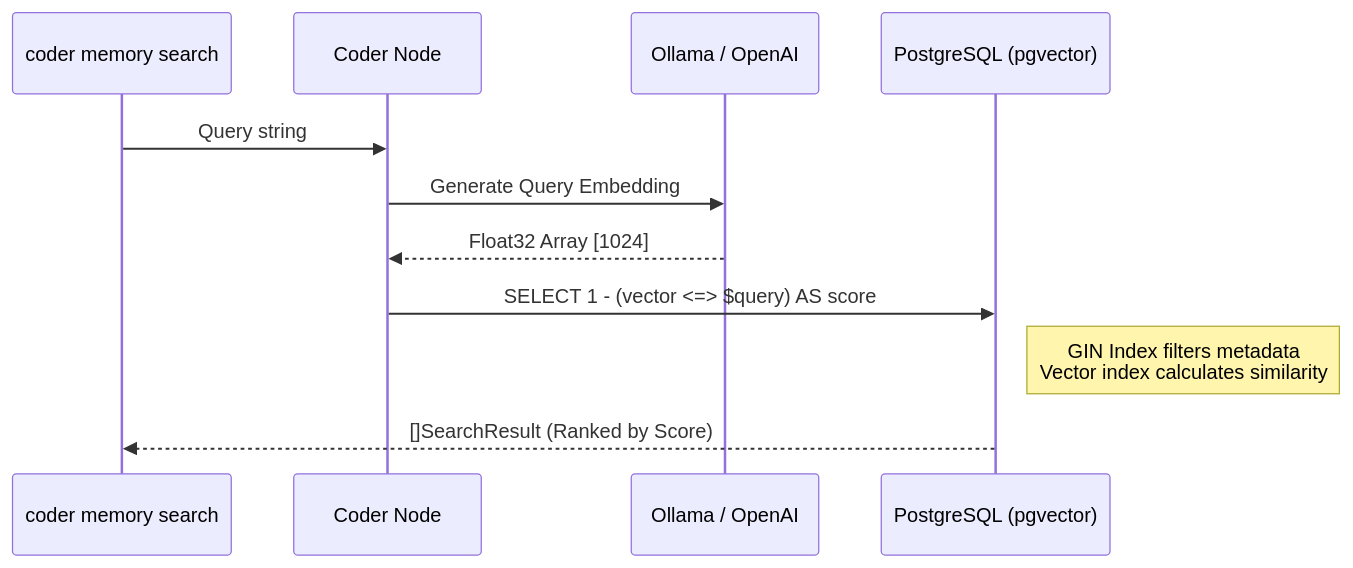
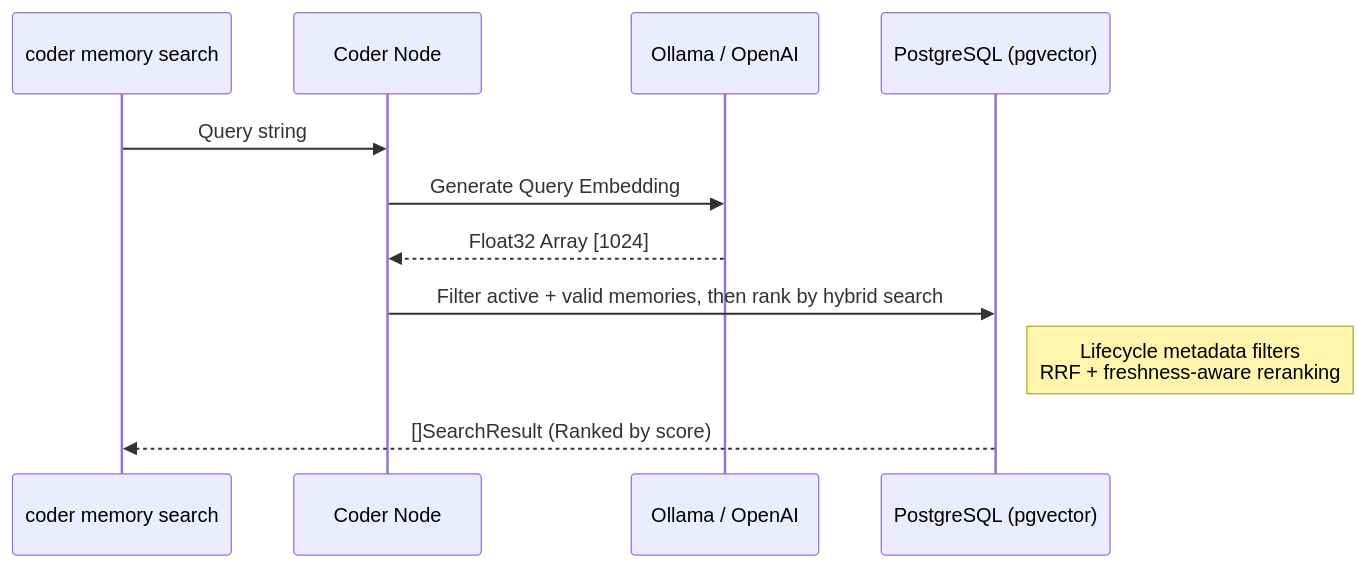
Before and after one commit to hiimtrung/coder: the second of 2 diagrams in docs/memory_system.md, drawn with Mermaid. The commit also changed other lines of this file and 28 other files, not shown here.

````diff
--- a/docs/memory_system.md
+++ b/docs/memory_system.md
@@ -56,14 +66,14 @@
 ```mermaid
 sequenceDiagram
     participant CLI as coder memory search
     participant NODE as Coder Node
     participant OL as Ollama / OpenAI
     participant PG as PostgreSQL (pgvector)
     
     CLI->>NODE: Query string
     NODE->>OL: Generate Query Embedding
     OL-->>NODE: Float32 Array [1024]
-    NODE->>PG: SELECT 1 - (vector <=> $query) AS score
-    Note right of PG: GIN Index filters metadata <br/>Vector index calculates similarity
-    PG-->>CLI: []SearchResult (Ranked by Score)
+    NODE->>PG: Filter active + valid memories, then rank by hybrid search
+    Note right of PG: Lifecycle metadata filters <br/>RRF + freshness-aware reranking
+    PG-->>CLI: []SearchResult (Ranked by score)
 ```
````
